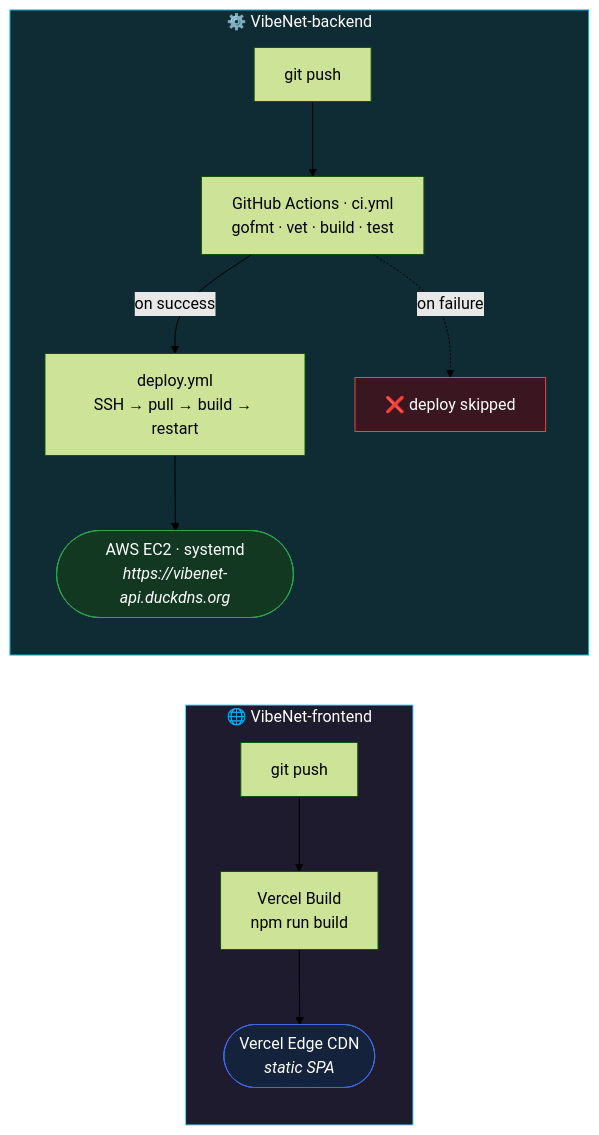
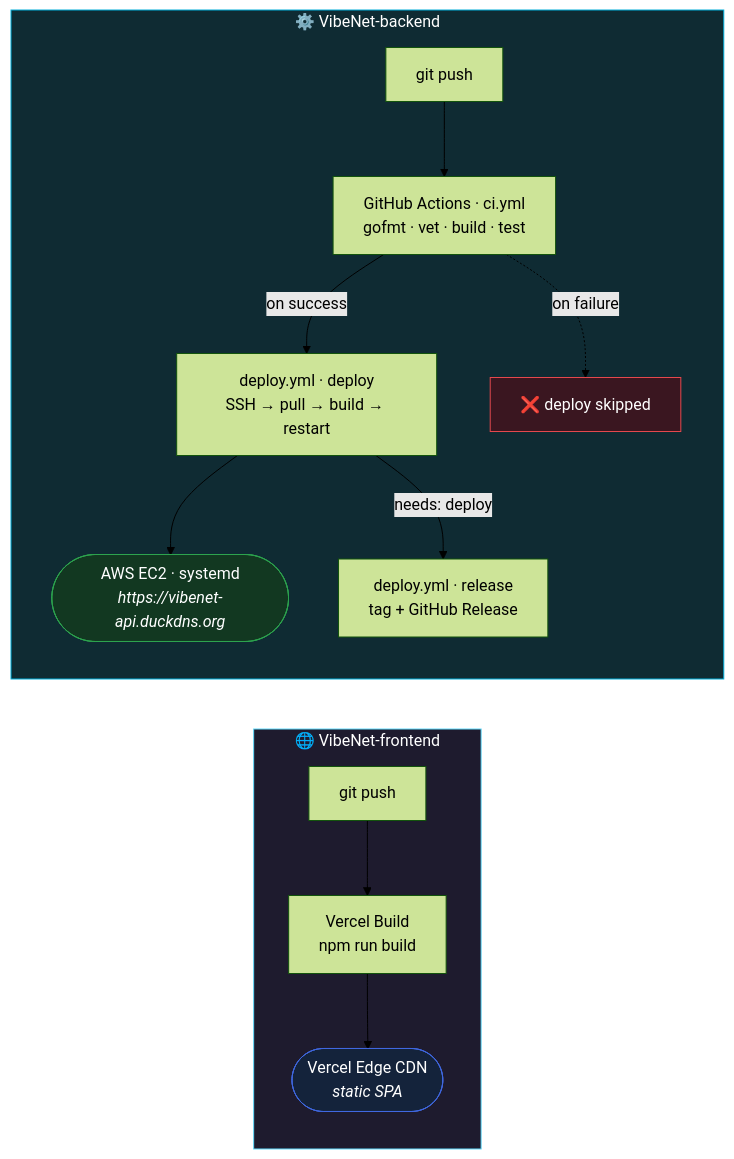
One commit to ChamathDilshanC/VibeNet-Main changed the fifth of 5 diagrams in README.md. Above: the diagram before and after it, drawn with Mermaid (forest theme).

Commit message:
Add release workflow to deployment pipeline
Update the CI/CD diagram in README to document the new release step in deploy.yml that creates GitHub releases after successful deployment. Also update backend submodule to latest commit.

````diff
--- a/README.md
+++ b/README.md
@@ -184,20 +184,21 @@
 ```mermaid
 flowchart LR
     subgraph FE_FLOW["🌐 VibeNet-frontend"]
         FE_PUSH["git push"] --> VERCEL_CI["Vercel Build<br/>npm run build"]
         VERCEL_CI --> VERCEL_CDN(["Vercel Edge CDN<br/><i>static SPA</i>"])
     end
 
     subgraph BE_FLOW["⚙️ VibeNet-backend"]
         BE_PUSH["git push"] --> GHA_CI["GitHub Actions · ci.yml<br/>gofmt · vet · build · test"]
-        GHA_CI -->|"on success"| GHA_CD["deploy.yml<br/>SSH → pull → build → restart"]
+        GHA_CI -->|"on success"| GHA_CD["deploy.yml · deploy<br/>SSH → pull → build → restart"]
         GHA_CD --> EC2_LIVE(["AWS EC2 · systemd<br/><i>https://vibenet-api.duckdns.org</i>"])
+        GHA_CD -->|"needs: deploy"| GHA_REL["deploy.yml · release<br/>tag + GitHub Release"]
         GHA_CI -.->|"on failure"| BLOCK["❌ deploy skipped"]
     end
 
     style FE_FLOW fill:#1e1b2e,stroke:#61DAFB,color:#fff
     style BE_FLOW fill:#0f2b33,stroke:#00ADD8,color:#fff
     style VERCEL_CDN fill:#14233b,stroke:#4169E1,color:#fff
     style EC2_LIVE fill:#123821,stroke:#2EA44F,color:#fff
     style BLOCK fill:#3a1620,stroke:#e5484d,color:#fff
 ```
````
